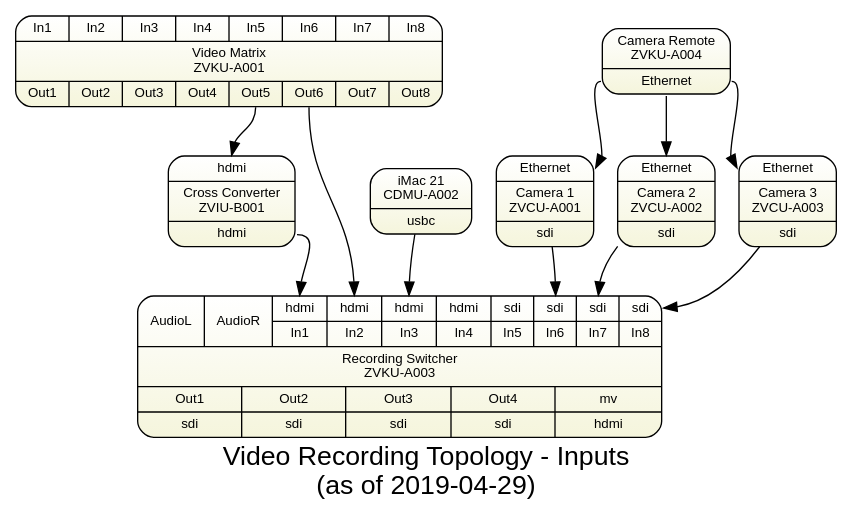
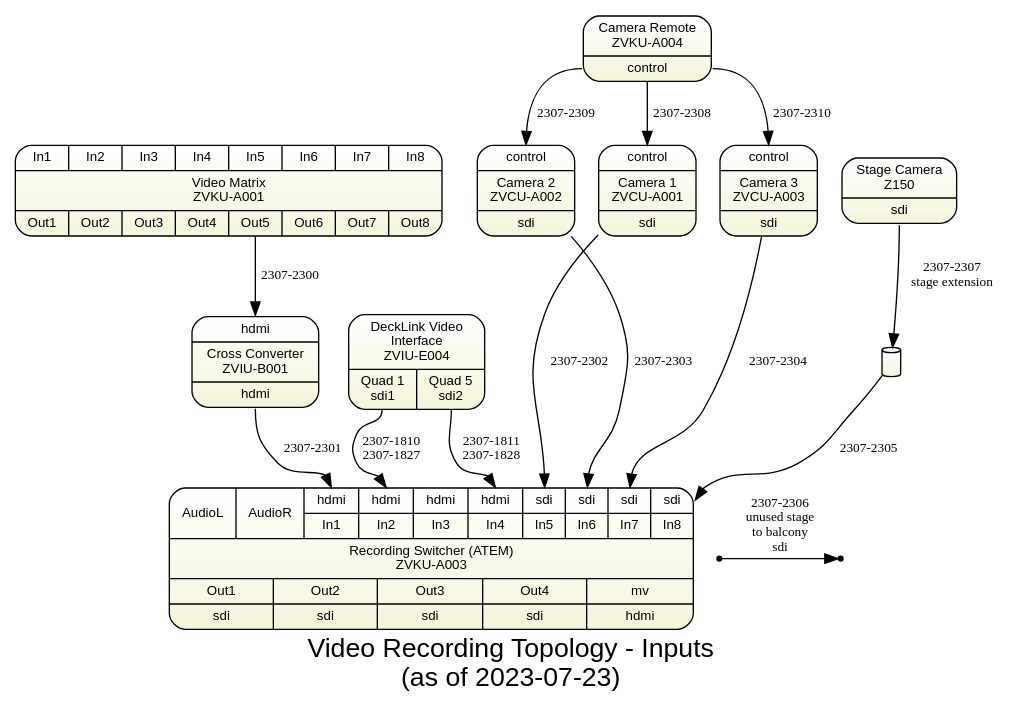
One commit to avmaint/uactechdoc changed the diagram in sdv-topology5-rec-inputs.gv. Above: the diagram before and after it, drawn with Graphviz. The commit also changed 10 other files, not shown here.

```diff
--- a/sdv-topology5-rec-inputs.gv
+++ b/sdv-topology5-rec-inputs.gv
@@ -1,66 +1,85 @@
 digraph recording { 
   
 graph [overlap = true, fontsize = 20, 
-      label="Video Recording Topology - Inputs\n(as of 2019-04-29)",
+      label="Video Recording Topology - Inputs\n(as of 2023-07-23)",
       fontname = Helvetica, bgcolor=white
       ]
  
 node [shape = Mrecord style=filled , fillcolor="white:beige"  , fontsize = 10,
       gradientangle=270 fontname = Helvetica ]
       
-camera1 [label="{<ether>Ethernet|Camera 1\nZVCU-A001|sdi}" tooltip="Sony SRG360SHE"]
-camera2 [label="{<ether>Ethernet|Camera 2\nZVCU-A002|sdi}" tooltip="Sony SRG360SHE"]
-camera3 [label="{<ether>Ethernet|Camera 3\nZVCU-A003|sdi}" tooltip="Sony SRG360SHE"]
-
-cdmua002 [label="{{{iMac 21\nCDMU-A002}}|{<usbc1>usbc}}"]
-
-rswitch [
+camera1 [label="{<control>control|Camera 1\nZVCU-A001|sdi}" tooltip="Sony SRG360SHE"]
+camera2 [label="{<control>control|Camera 2\nZVCU-A002|sdi}" tooltip="Sony SRG360SHE"]
+camera3 [label="{<control>control|Camera 3\nZVCU-A003|sdi}" tooltip="Sony SRG360SHE"]
+ 
+zvkua003 [
   tooltip="BMD ATEM Television Studio Pro HD"
 
   label="{
     {{<al>AudioL}|{<ar>AudioR}|
       {<i1>hdmi|In1}|{<i2>hdmi|In2}|{<i3>hdmi|In3}|{<i4>hdmi|In4}
       |{<i5>sdi|In5}|{<i6>sdi|In6}|{<i7>sdi|In7}|{<i8>sdi|In8}}
-      |Recording Switcher\nZVKU-A003|
+      |Recording Switcher (ATEM)\nZVKU-A003|
       {{Out1|<o1>sdi}|{Out2|<o2>sdi}|{Out3|<o3>sdi}|{Out4|<o4>sdi}|{mv|<mv>hdmi}}
     }"
 ]
 
-vmatrix [
+zviue004kf [  label="
+{ DeckLink Video\nInterface\nZVIU-E004 | 
+ { 
+  <c1> Quad 1\nsdi1 
+| <c2> Quad 5\nsdi2
+} } 
+"];  
+
+zvkua001 [
   tooltip="Kramer VS-88DT"
   label="{
   {
     <i1>In1|<i2>In2|<i3>In3|<i4>In4|<i5>In5| <i6> In6 |<i7>In7|{<i8>In8}}
   |Video Matrix\nZVKU-A001|
   {<o1>Out1|<o2>Out2|<o3>Out3|<o4>Out4|<o5>Out5|<o6>Out6 |<o7>Out7| <o8> Out8 } }"]
    
 rmip10 [
   label="{
       Camera Remote\nZVKU-A004 
-      |<ether>Ethernet
+      |<control>control
     }"
   tooltip="Sony RMIP10"
 ]
 
 mdhx1 [
   label="{
       <hdmiin>hdmi|Cross Converter\nZVIU-B001 
       |<hdmiout>hdmi
     }"
   tooltip="Decimator MD-HX"
 ]
  
-camera1 -> rswitch:i6 
-camera2 -> rswitch:i7
-camera3 -> rswitch:i8
+z150 [ label="{Stage Camera\nZ150|<sdi>sdi}" ] 
+ 
+camera1  -> zvkua003:i5 [label="2307-2302" fontsize=10]
+camera2  -> zvkua003:i6 [label="2307-2303" fontsize=10]
+camera3  -> zvkua003:i7 [label="2307-2304" fontsize=10]
 
-rmip10:ether -> camera1:ether
-rmip10:ether -> camera2:ether
-rmip10:ether -> camera3:ether
+b2305 [shape=cylinder width=0.2 height=0.3 label=""]
+z150:sdi -> b2305  [label="2307-2307\nstage extension" fontsize=10]
+b2305 -> zvkua003:i8 [label="2307-2305" fontsize=10  ]
  
-vmatrix:o5 -> mdhx1:hdmiin
-mdhx1:hdmiout -> rswitch:i1
-vmatrix:o6 -> rswitch:i2
+p1 [shape=point]
+p2 [shape=point]
+p1 -> p2 [label="2307-2306\nunused stage\nto balcony\nsdi" fontsize=10]
+ 
+rmip10:control -> camera1:control [label="2307-2308" fontsize=10]
+rmip10:control -> camera2:control [label="2307-2309" fontsize=10]
+rmip10:control -> camera3:control [label="2307-2310" fontsize=10]
+ 
+zvkua001:o5 -> mdhx1:hdmiin  [label="2307-2300" fontsize=10]
+mdhx1:hdmiout -> zvkua003:i1 [label="2307-2301" fontsize=10]
+ 
+zviue004kf:c1 -> zvkua003:i2 [label="2307-1810\n2307-1827" fontsize=10]
+zviue004kf:c2 -> zvkua003:i4 [label="2307-1811\n2307-1828" fontsize=10]
 
-cdmua002 -> rswitch:i3 
+{rank=same; z150 camera2 camera3 camera1       }
+{rank=max;    p2 p1}
 } 
```
